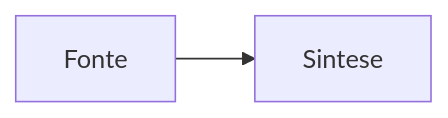
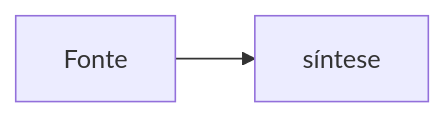
One commit to renatofaria-ia/notebooklm-to-notes changed the diagram in tests/fixtures/bundle-valido/sintese.md. Above: the diagram before and after it, drawn with Mermaid. The commit also changed other lines of this file and 13 other files, not shown here.

````diff
--- a/tests/fixtures/bundle-valido/sintese.md
+++ b/tests/fixtures/bundle-valido/sintese.md
@@ -17,4 +17,4 @@
 ```mermaid
 flowchart LR
-    A["Fonte"] --> B["Sintese"]
+    A["Fonte"] --> B["síntese"]
 ```
````
